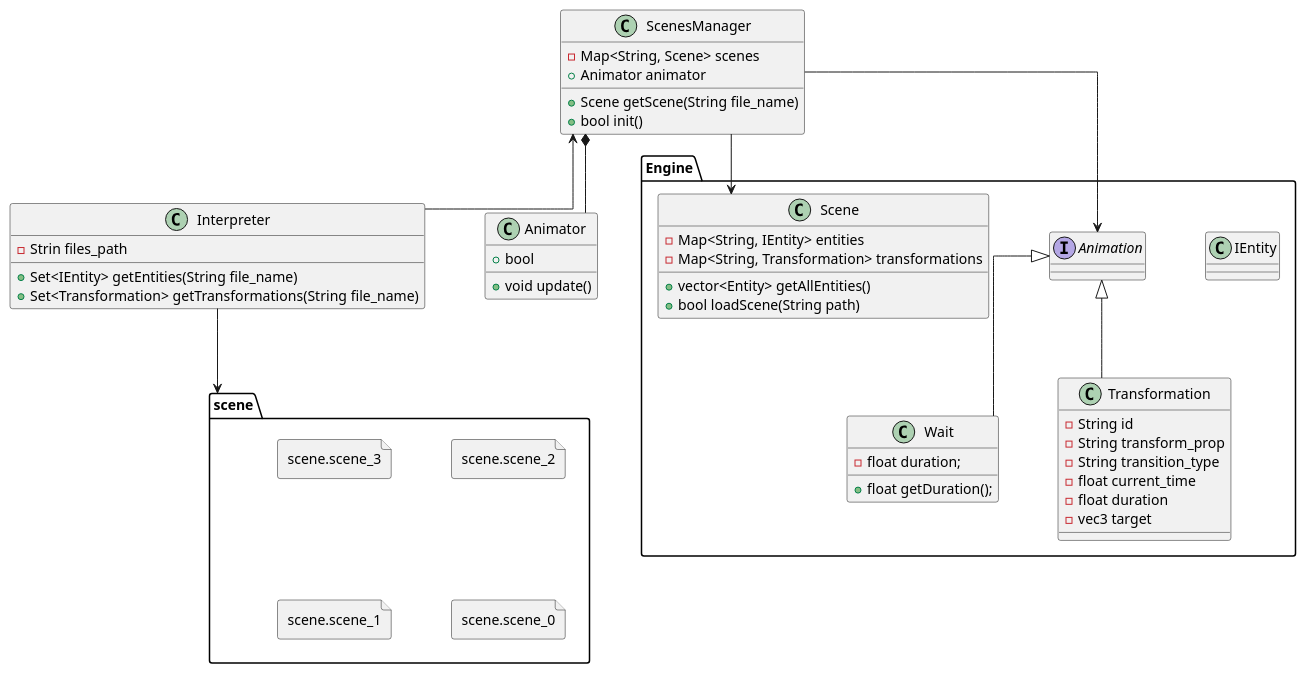
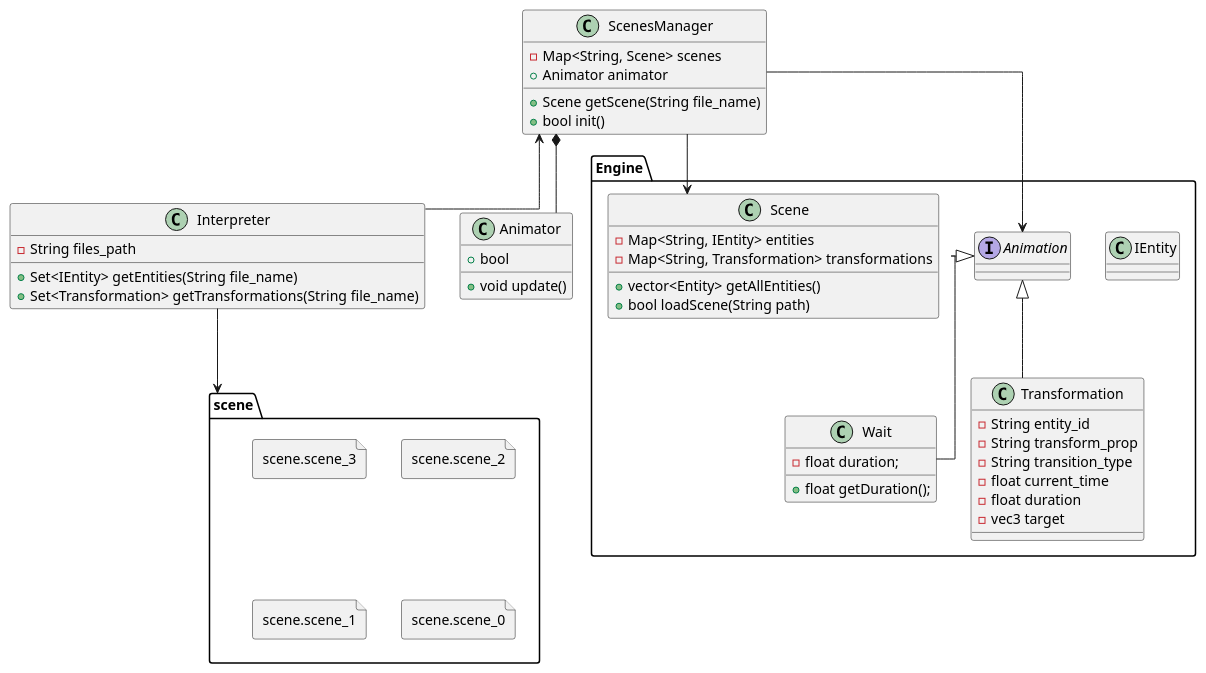
The diagram in docs/diagrams/parsing-system.puml (QchuDev/Animine), drawn with PlantUML before and after one commit. The commit also changed 17 other files, not shown here.

```diff
--- a/docs/diagrams/parsing-system.puml
+++ b/docs/diagrams/parsing-system.puml
@@ -1,82 +1,80 @@
 @startuml
 allow_mixing
 
 skinparam Linetype ortho
-skinparam Nodesep 60
-skinparam Ranksep 60
 
 'The .txt files to read the entities and transformation from'
 file scene.scene_3
 file scene.scene_2
 file scene.scene_1
 file scene.scene_0
 
 'For each txt file in the assets/scenes : '
 'It will create a Scene Object and pass it to ScenesManager'
 ''
 
 class Interpreter {
-    - Strin files_path
+    - String files_path
     + Set<IEntity> getEntities(String file_name)
     + Set<Transformation> getTransformations(String file_name)
 }
 Interpreter --> scene
 
 package Engine {
     class IEntity {}
 
     class Wait {
         - float duration;
         + float getDuration();
     }
     class Transformation {
-        - String id
+        - String entity_id
         - String transform_prop
         - String transition_type
         - float current_time
         - float duration
         - vec3 target
     }
     interface Animation {}
 
     Animation <|-- Wait    
     Animation <|-- Transformation    
         
     class Scene {
         - Map<String, IEntity> entities
         - Map<String, Transformation> transformations
         + vector<Entity> getAllEntities()
         + bool loadScene(String path)
     }
     
 
 } 
 
 class Animator {
     + void update()
     + bool 
 }
 
 
 'At init() the ScenesManager will: '
 '- Ask its Interpreter to get all data for each file'
 '- Creates a Scene object for each, passing their entities and transformations'
 '- ' 
 
 class ScenesManager {
     - Map<String, Scene> scenes
     + Animator animator
     
     + Scene getScene(String file_name)
     + bool init()
 }
 
 ScenesManager <-- Interpreter
 
 ScenesManager --> Scene 
 ScenesManager --> Animation
  
 ScenesManager *-- Animator    
 
 
 @enduml
```
